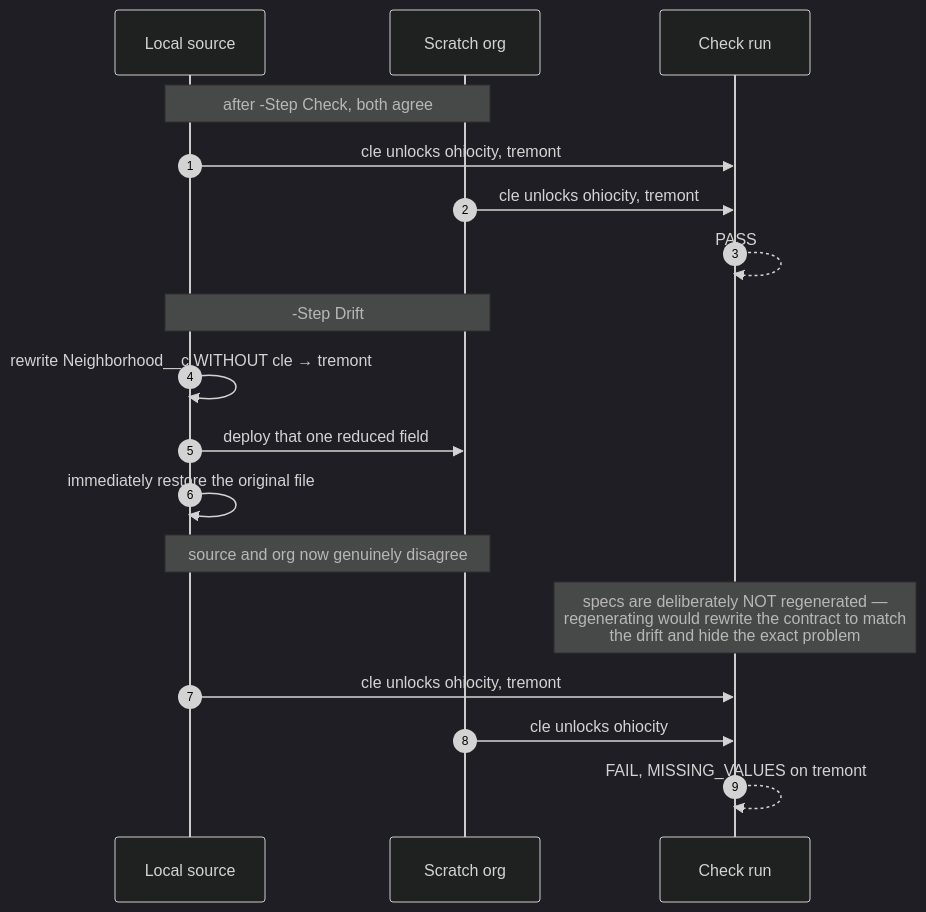
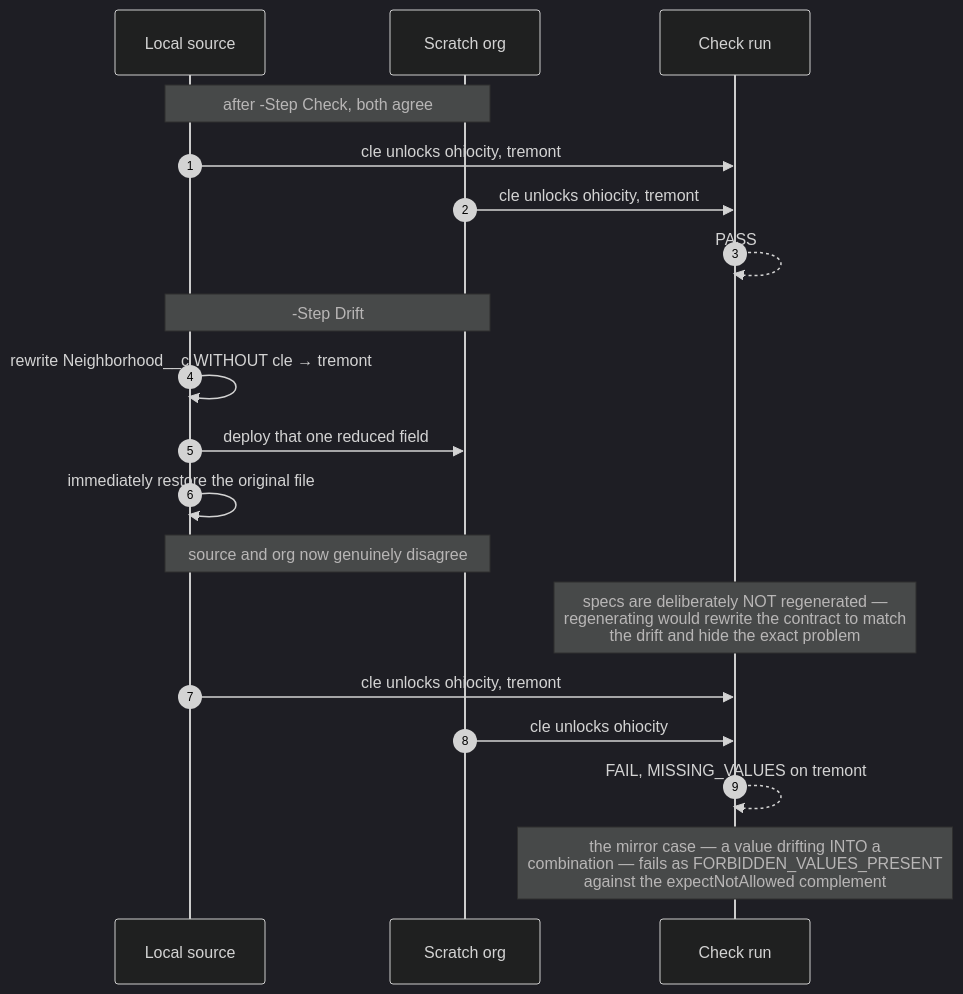
One commit to jdschleicher/Salesforce-Data-Treecipe changed the seventh of 8 diagrams in scripts/picklist-dependency-demo/PICKLIST-DEPENDENCY-FLOW.md. Above: the diagram before and after it, drawn with Mermaid (dark theme). The commit also changed other lines of this file and 1 other file, not shown here.

First line of the commit message:
docs: add picklist dependency flow diagrams, updated for v3.0.0, plus a staleness guard

````diff
--- a/scripts/picklist-dependency-demo/PICKLIST-DEPENDENCY-FLOW.md
+++ b/scripts/picklist-dependency-demo/PICKLIST-DEPENDENCY-FLOW.md
@@ -290,23 +312,24 @@
 ```mermaid
 sequenceDiagram
     autonumber
     participant Local as Local source
     participant Org as Scratch org
     participant Check as Check run
 
     Note over Local,Org: after -Step Check, both agree
     Local->>Check: cle unlocks ohiocity, tremont
     Org->>Check: cle unlocks ohiocity, tremont
     Check-->>Check: PASS
 
     Note over Local,Org: -Step Drift
     Local->>Local: rewrite Neighborhood__c WITHOUT cle → tremont
     Local->>Org: deploy that one reduced field
     Local->>Local: immediately restore the original file
     Note over Local,Org: source and org now genuinely disagree
 
     Note over Check: specs are deliberately NOT regenerated —<br/>regenerating would rewrite the contract to match<br/>the drift and hide the exact problem
     Local->>Check: cle unlocks ohiocity, tremont
     Org->>Check: cle unlocks ohiocity
     Check-->>Check: FAIL, MISSING_VALUES on tremont
+    Note over Check: the mirror case — a value drifting INTO a<br/>combination — fails as FORBIDDEN_VALUES_PRESENT<br/>against the expectNotAllowed complement
 ```
````
